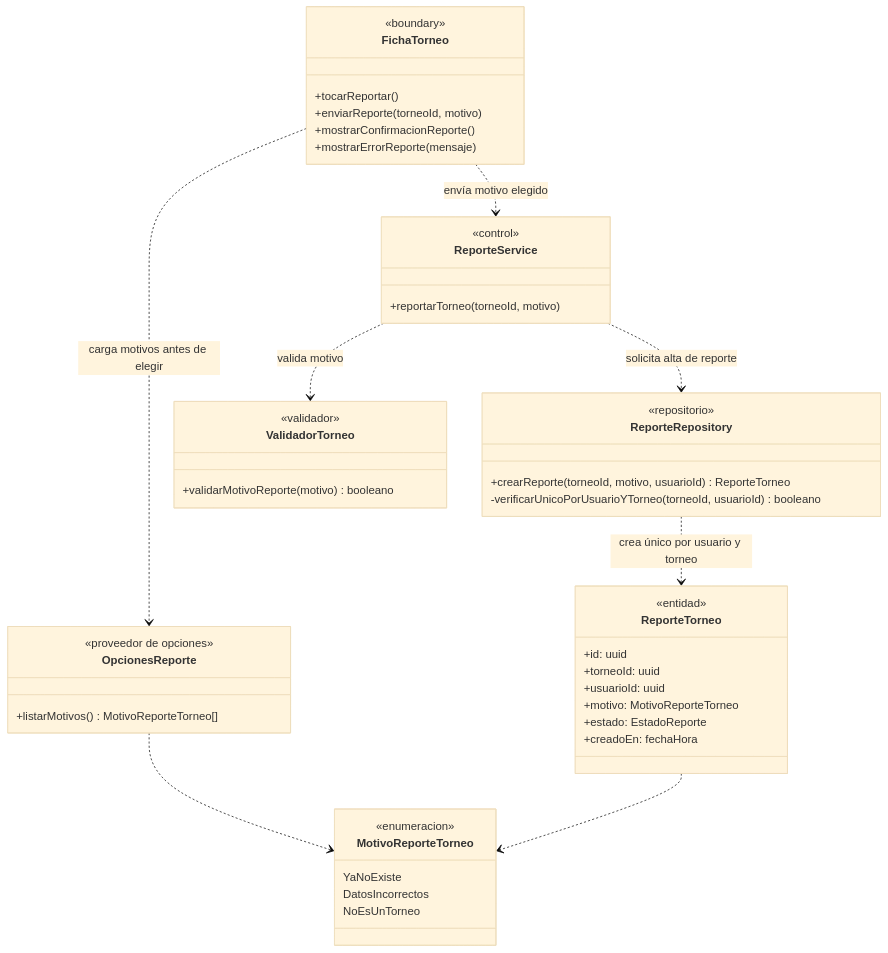
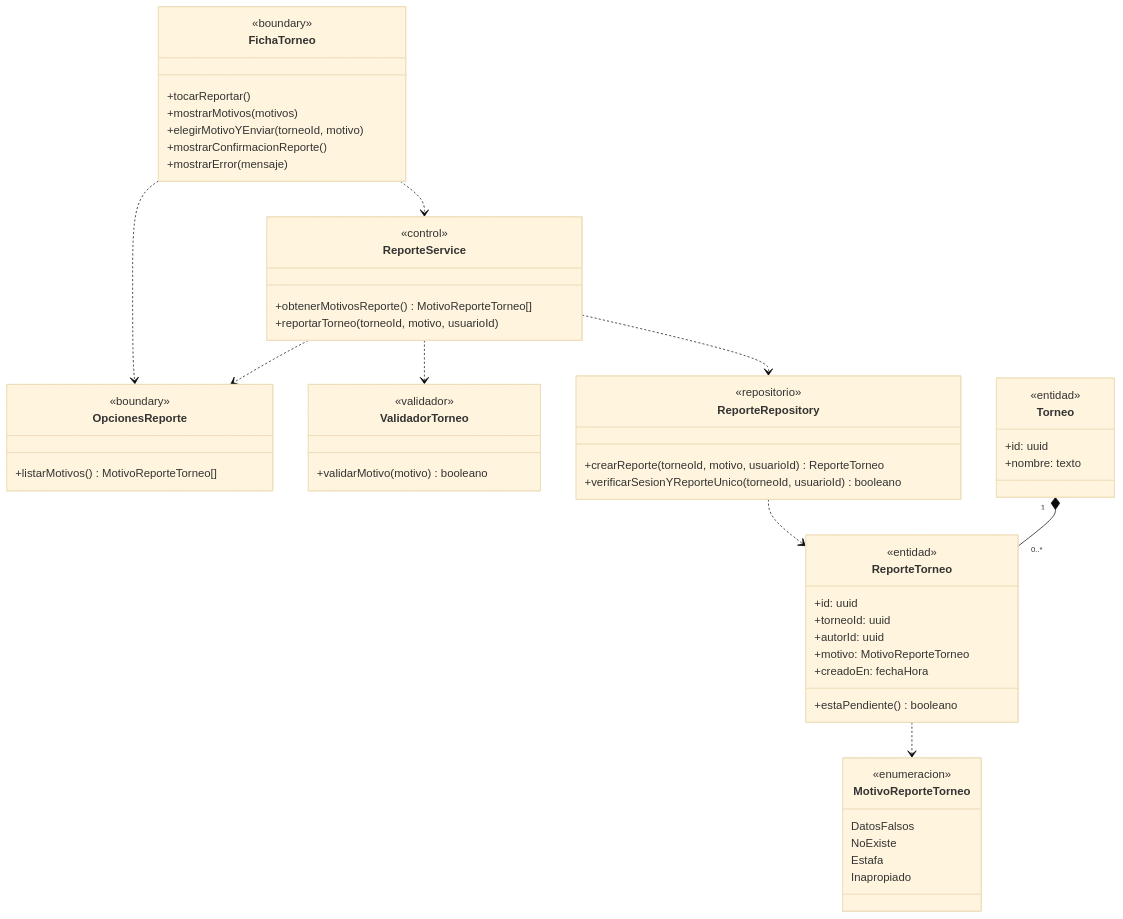
Before and after one commit to nicqletal/torneos-scraper: the seventh of 7 diagrams in docs/diagramas-de-clase/catalogo-de-torneos.md, drawn with Mermaid (base theme). The commit also changed other lines of this file and 13 other files, not shown here.

````diff
--- a/docs/diagramas-de-clase/catalogo-de-torneos.md
+++ b/docs/diagramas-de-clase/catalogo-de-torneos.md
@@ -460,50 +487,58 @@
 ```mermaid
 classDiagram
-direction TB
 class FichaTorneo {
   <<boundary>>
   +tocarReportar()
-  +enviarReporte(torneoId, motivo)
+  +mostrarMotivos(motivos)
+  +elegirMotivoYEnviar(torneoId, motivo)
   +mostrarConfirmacionReporte()
-  +mostrarErrorReporte(mensaje)
+  +mostrarError(mensaje)
 }
 class OpcionesReporte {
-  <<proveedor de opciones>>
+  <<boundary>>
   +listarMotivos() MotivoReporteTorneo[]
 }
 class ReporteService {
   <<control>>
-  +reportarTorneo(torneoId, motivo)
+  +obtenerMotivosReporte() MotivoReporteTorneo[]
+  +reportarTorneo(torneoId, motivo, usuarioId)
 }
 class ValidadorTorneo {
   <<validador>>
-  +validarMotivoReporte(motivo) booleano
+  +validarMotivo(motivo) booleano
 }
 class ReporteRepository {
   <<repositorio>>
   +crearReporte(torneoId, motivo, usuarioId) ReporteTorneo
-  -verificarUnicoPorUsuarioYTorneo(torneoId, usuarioId) booleano
+  +verificarSesionYReporteUnico(torneoId, usuarioId) booleano
 }
 class ReporteTorneo {
   <<entidad>>
   +id: uuid
   +torneoId: uuid
-  +usuarioId: uuid
+  +autorId: uuid
   +motivo: MotivoReporteTorneo
-  +estado: EstadoReporte
   +creadoEn: fechaHora
+  +estaPendiente() booleano
+}
+class Torneo {
+  <<entidad>>
+  +id: uuid
+  +nombre: texto
 }
 class MotivoReporteTorneo {
   <<enumeracion>>
-  YaNoExiste
-  DatosIncorrectos
-  NoEsUnTorneo
+  DatosFalsos
+  NoExiste
+  Estafa
+  Inapropiado
 }
-FichaTorneo ..> OpcionesReporte : carga motivos antes de elegir
-FichaTorneo ..> ReporteService : envía motivo elegido
-ReporteService ..> ValidadorTorneo : valida motivo
-ReporteService ..> ReporteRepository : solicita alta de reporte
-ReporteRepository ..> ReporteTorneo : crea único por usuario y torneo
-OpcionesReporte ..> MotivoReporteTorneo
+FichaTorneo ..> OpcionesReporte
+FichaTorneo ..> ReporteService
+ReporteService ..> OpcionesReporte
+ReporteService ..> ValidadorTorneo
+ReporteService ..> ReporteRepository
+ReporteRepository ..> ReporteTorneo
+Torneo "1" *-- "0..*" ReporteTorneo
 ReporteTorneo ..> MotivoReporteTorneo
 ```
````
